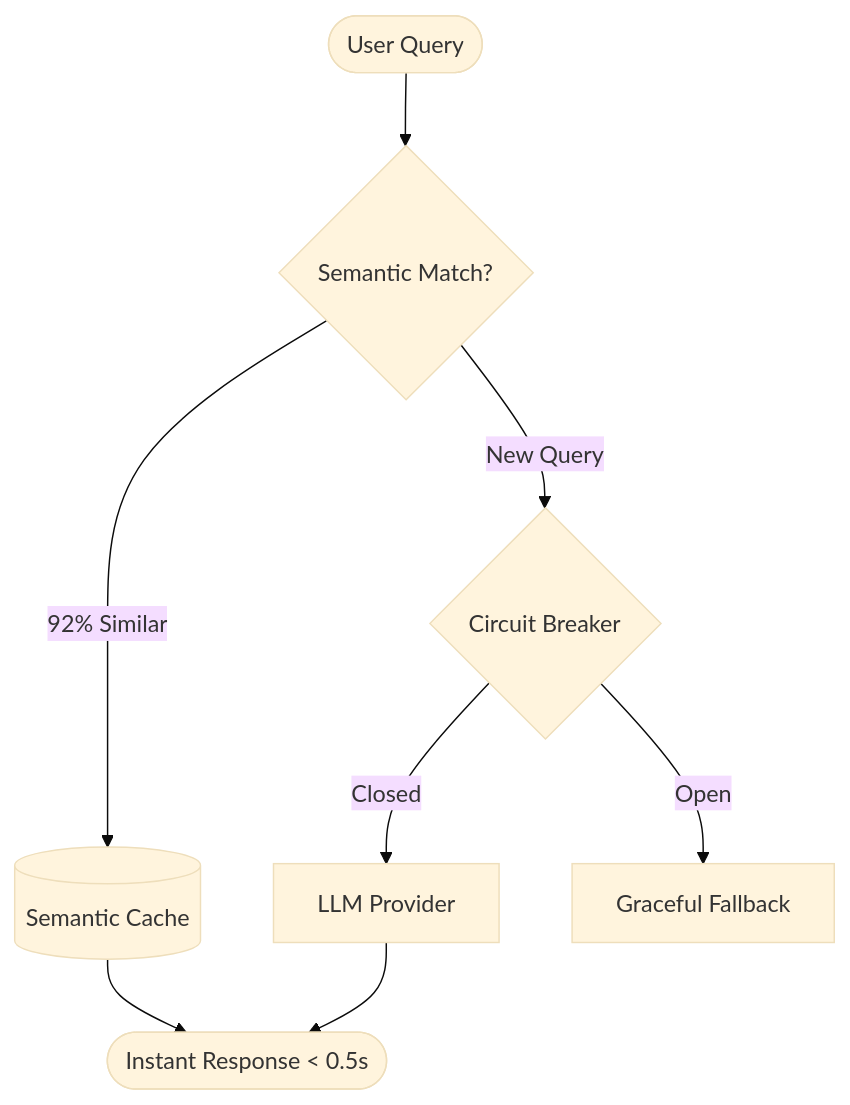
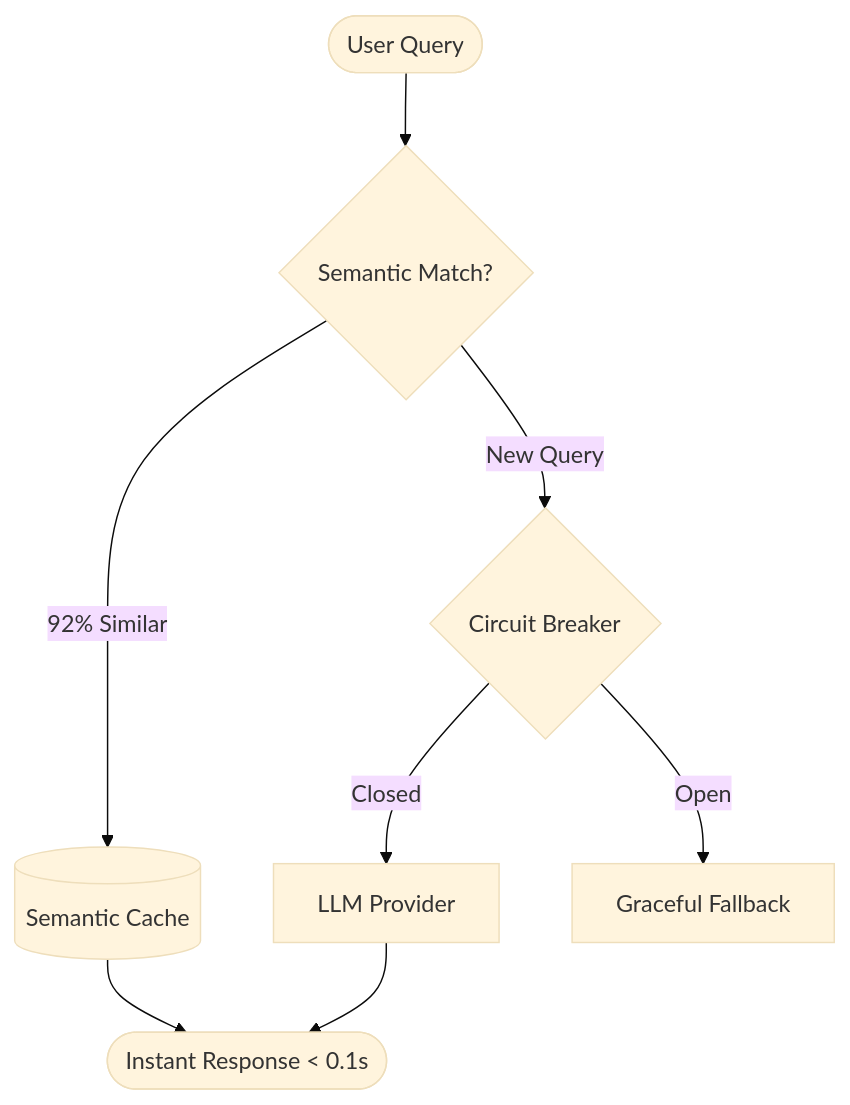
The diagram in README.md (uejsh/orchestra), drawn with Mermaid (base theme) before and after one commit. The commit also changed other lines of this file, not shown here.

````diff
--- a/README.md
+++ b/README.md
@@ -21,10 +36,10 @@
 ```mermaid
 graph TD
     User([User Query]) --> Match{Semantic Match?}
     Match -- "92% Similar" --> Cache[(Semantic Cache)]
-    Cache --> Return([Instant Response < 0.5s])
+    Cache --> Return([Instant Response < 0.1s])
     Match -- "New Query" --> CB{Circuit Breaker}
     CB -- "Closed" --> LLM[LLM Provider]
     LLM --> Return
     CB -- "Open" --> Error[Graceful Fallback]
 ```
````
